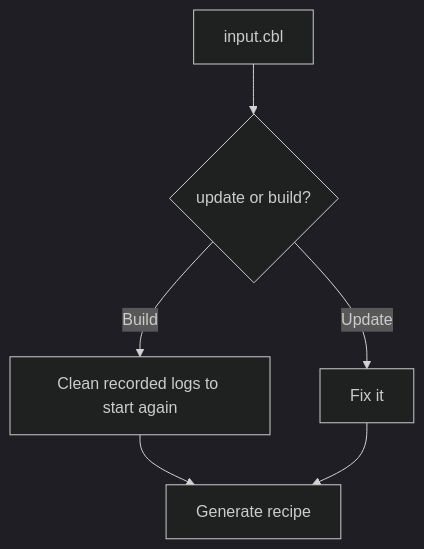
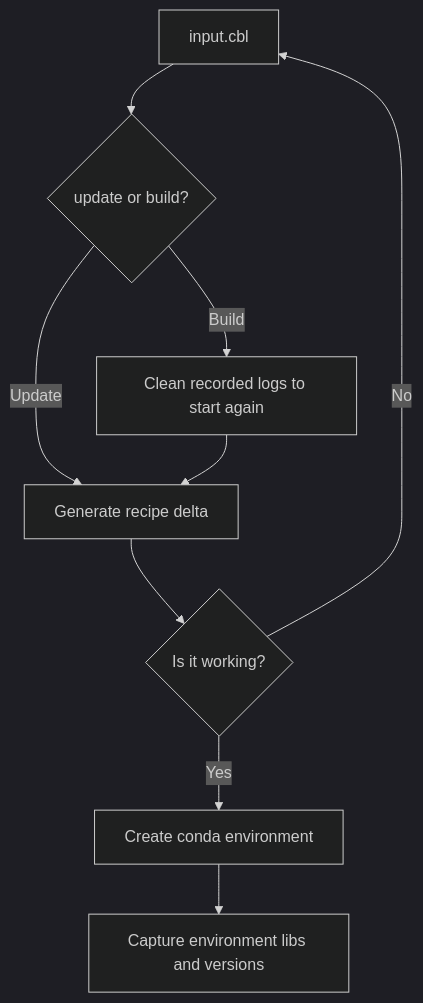
Before and after one commit to coble-tools/coble: the diagram in docs/overview.md, drawn with Mermaid (dark theme).

Commit message:
flowchart

````diff
--- a/docs/overview.md
+++ b/docs/overview.md
@@ -5,8 +5,11 @@
 ```mermaid
 flowchart TD
 	A[input.cbl] --> B{update or build?}
 	B -- Build --> C[Clean recorded logs to start again]
-	C --> E[Generate recipe]
-	B -- Update --> D[Fix it]
-	D --> E
+	B -- Update --> D[Generate recipe delta]
+	C --> D	
+	D --> E{Is it working?}
+	E -- No --> A
+	E -- Yes --> F[Create conda environment]
+	F --> G[Capture environment libs and versions]
 ```
````
